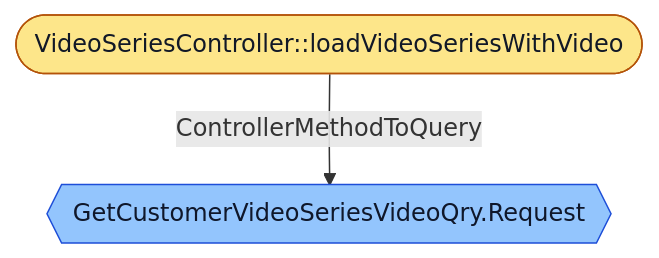
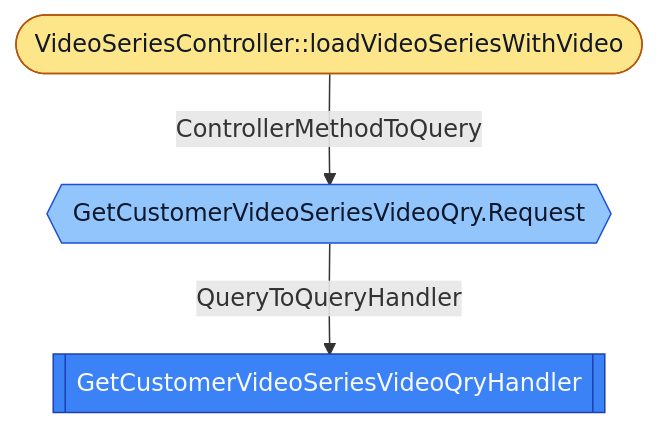
The diagram in flows/edu_only4_danmuku_adapter_portal_api_web_VideoSeriesController_loadVideoSeriesWi.mmd (LDmoxeii/only-danmuku), drawn with Mermaid before and after one commit. The commit also changed 11 other files, not shown here.

```diff
--- a/flows/edu_only4_danmuku_adapter_portal_api_web_VideoSeriesController_loadVideoSeriesWi.mmd
+++ b/flows/edu_only4_danmuku_adapter_portal_api_web_VideoSeriesController_loadVideoSeriesWi.mmd
@@ -1,8 +1,12 @@
 flowchart TD
-  N1([VideoSeriesController::loadVideoSeriesWithVideo])
-  class N1 controllermethod
-  N2{{GetCustomerVideoSeriesVideoQry.Request}}
-  class N2 query
-  N1 -->|ControllerMethodToQuery| N2
+  N1[[GetCustomerVideoSeriesVideoQryHandler]]
+  class N1 queryhandler
+  N2([VideoSeriesController::loadVideoSeriesWithVideo])
+  class N2 controllermethod
+  N3{{GetCustomerVideoSeriesVideoQry.Request}}
+  class N3 query
+  N2 -->|ControllerMethodToQuery| N3
+  N3 -->|QueryToQueryHandler| N1
   classDef controllermethod fill:#FDE68A,stroke:#B45309,color:#111827
   classDef query fill:#93C5FD,stroke:#1D4ED8,color:#0F172A
+  classDef queryhandler fill:#3B82F6,stroke:#1E40AF,color:#F8FAFC
```
